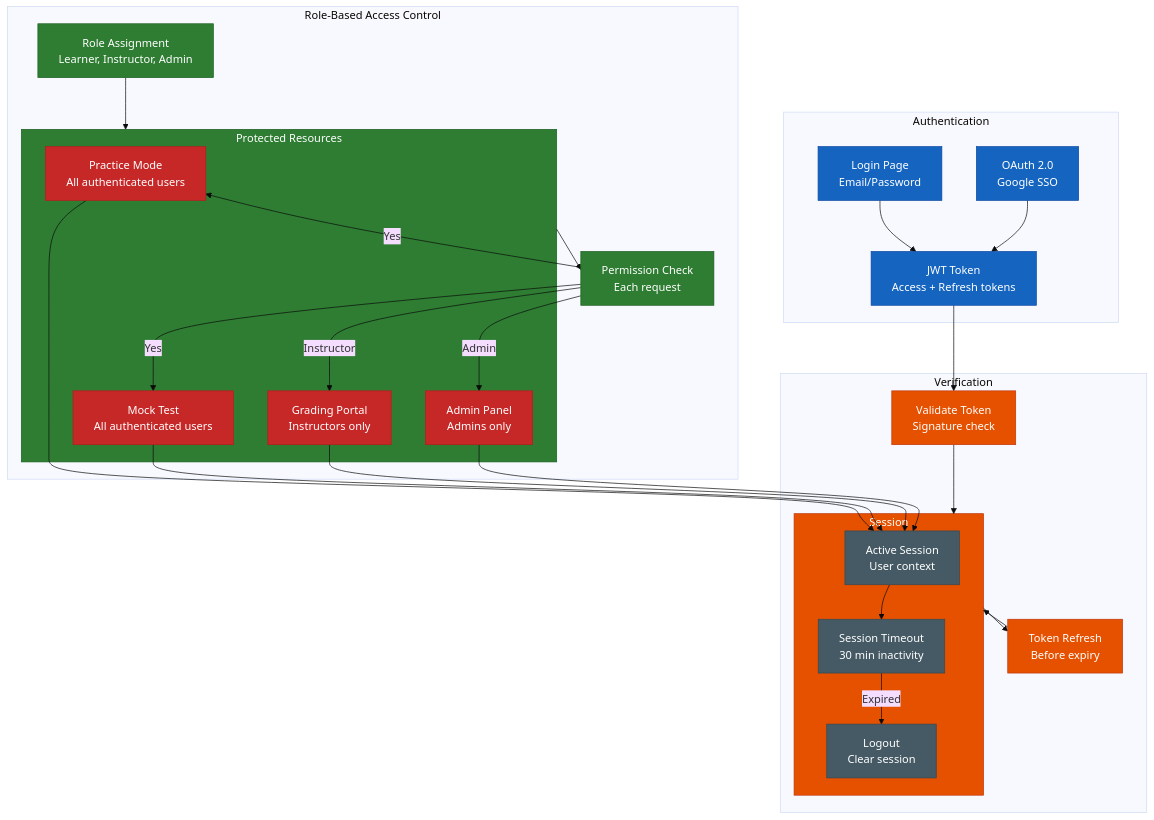
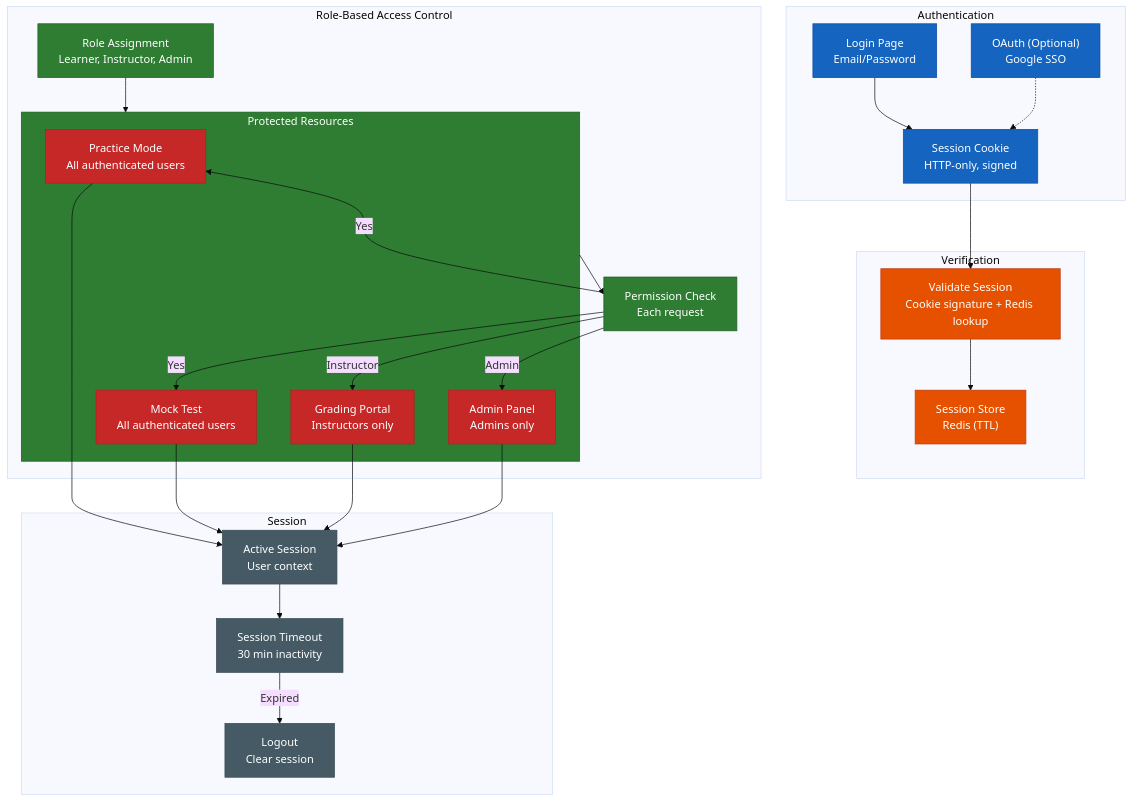
One commit to nghyane/VSTEP changed the eighth of 8 diagrams in docs/capstone/diagrams/flow-diagrams.md. Above: the diagram before and after it, drawn with Mermaid (base theme). The commit also changed other lines of this file and 9 other files, not shown here.

````diff
--- a/docs/capstone/diagrams/flow-diagrams.md
+++ b/docs/capstone/diagrams/flow-diagrams.md
@@ -563,65 +570,62 @@
 ```mermaid
 flowchart TB
     subgraph Auth ["Authentication"]
         Login["Login Page<br/>Email/Password"]
-        OAuth["OAuth 2.0<br/>Google SSO"]
-        Token["JWT Token<br/>Access + Refresh tokens"]
+        OAuth["OAuth (Optional)<br/>Google SSO"]
+        SessionCookie["Session Cookie<br/>HTTP-only, signed"]
     end
 
     subgraph Verify ["Verification"]
-        Validate["Validate Token<br/>Signature check"]
-        Session["Session Management<br/>Redis cache"]
-        Refresh["Token Refresh<br/>Before expiry"]
+        ValidateSession["Validate Session<br/>Cookie signature + Redis lookup"]
+        SessionStore["Session Store<br/>Redis (TTL)"]
     end
 
     subgraph RBAC ["Role-Based Access Control"]
         Roles["Role Assignment<br/>Learner, Instructor, Admin"]
         Permissions["Permission Matrix<br/>Based on role"]
         Check["Permission Check<br/>Each request"]
     end
 
     subgraph Permissions ["Protected Resources"]
         PracticeRes["Practice Mode<br/>All authenticated users"]
         MockRes["Mock Test<br/>All authenticated users"]
         GradingRes["Grading Portal<br/>Instructors only"]
         AdminRes["Admin Panel<br/>Admins only"]
     end
 
     subgraph Session ["Session"]
         Active["Active Session<br/>User context"]
         Timeout["Session Timeout<br/>30 min inactivity"]
         Logout["Logout<br/>Clear session"]
     end
 
-    Login --> Token
-    OAuth --> Token
-    Token --> Validate
-    Validate --> Session
-    Session --> Refresh
-    Refresh --> Session
+    Login --> SessionCookie
+    OAuth -.-> SessionCookie
+    SessionCookie --> ValidateSession
+    ValidateSession --> SessionStore
     Roles --> Permissions
     Permissions --> Check
     Check -->|Yes| PracticeRes
     Check -->|Yes| MockRes
     Check -->|Instructor| GradingRes
     Check -->|Admin| AdminRes
     PracticeRes --> Active
     MockRes --> Active
     GradingRes --> Active
     AdminRes --> Active
     Active --> Timeout
     Timeout -->|Expired| Logout
 
     classDef auth fill:#1565c0,stroke:#0d47a1,color:#fff
     classDef verify fill:#e65100,stroke:#bf360c,color:#fff
     classDef rbac fill:#2e7d32,stroke:#1b5e20,color:#fff
     classDef permissions fill:#c62828,stroke:#b71c1c,color:#fff
     classDef resources fill:#6a1b9a,stroke:#4a148c,color:#fff
     classDef session fill:#455a64,stroke:#37474f,color:#fff
 
-    class Login,OAuth,Token auth
-    class Validate,Session,Refresh verify
+    class Login,OAuth,SessionCookie auth
+    class ValidateSession,SessionStore verify
     class Roles,Permissions,Check rbac
     class PracticeRes,MockRes,GradingRes,AdminRes permissions
     class Active,Timeout,Logout session
 ```
````
